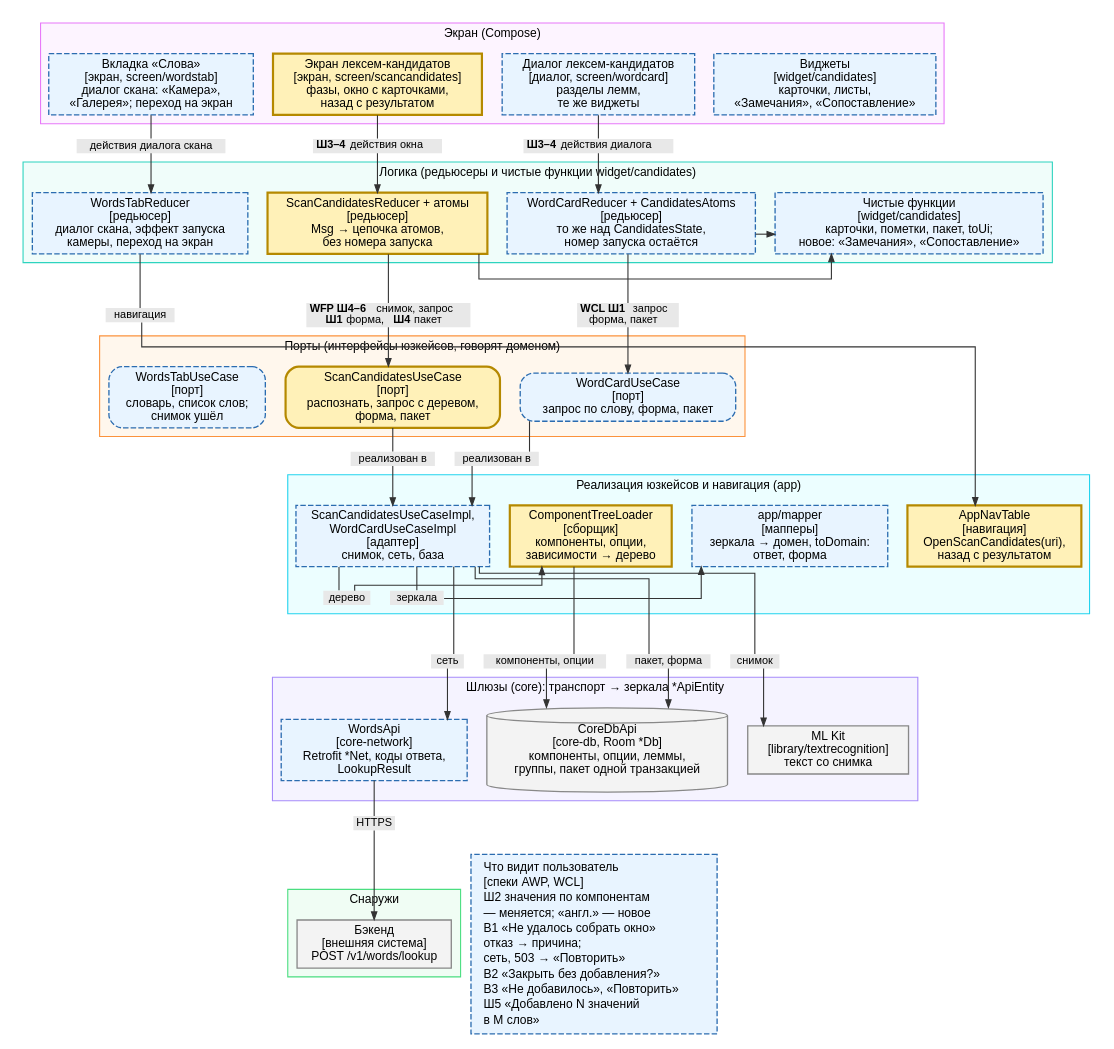
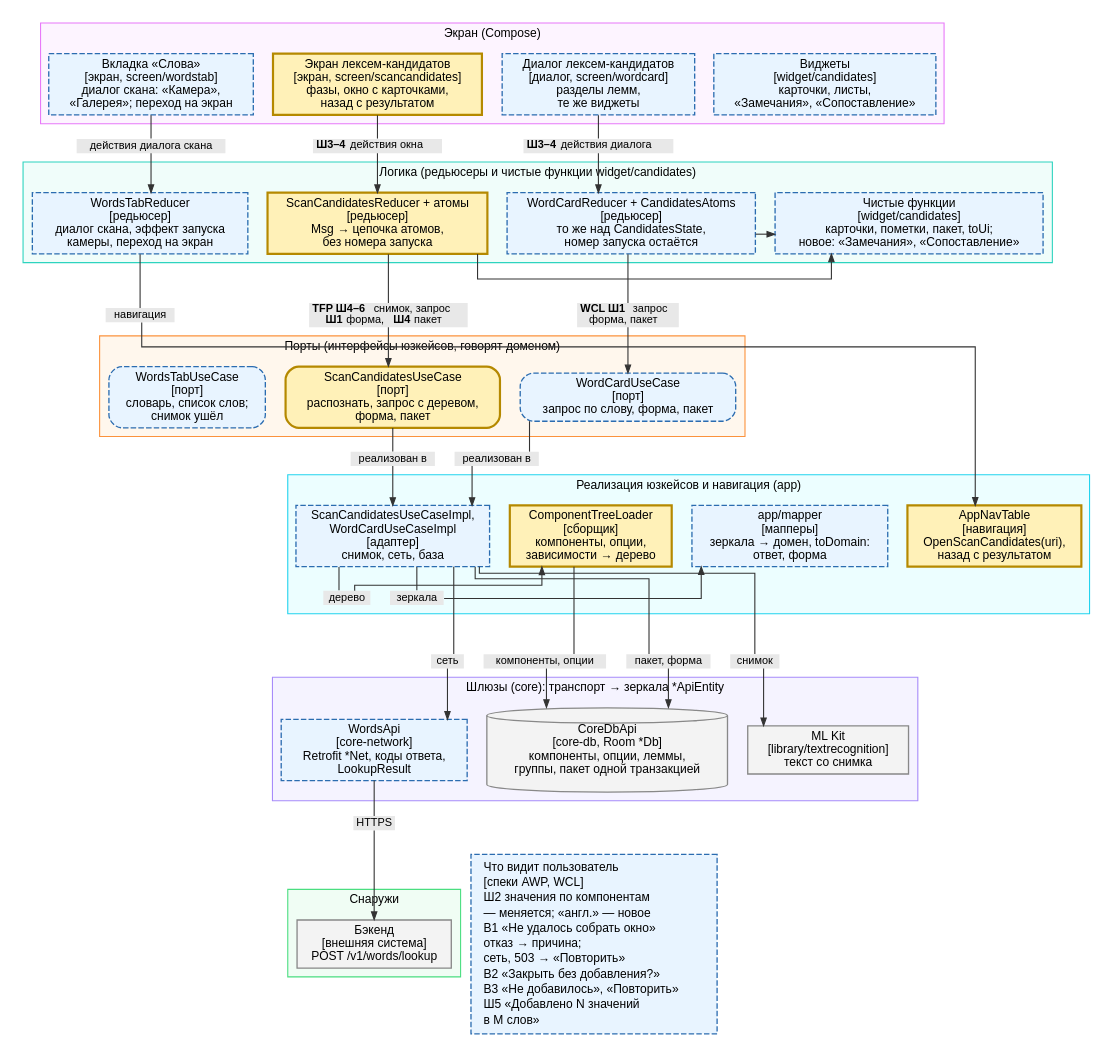
The diagram in docs/features/IS536_llm_values/hld-app-layers-c4.dot (KilgoreT/PolyTrainer), drawn with Graphviz before and after one commit. The commit also changed 189 other files, not shown here.

```diff
--- a/docs/features/IS536_llm_values/hld-app-layers-c4.dot
+++ b/docs/features/IS536_llm_values/hld-app-layers-c4.dot
@@ -1,150 +1,150 @@
 digraph C4App {
   // Та же сетка, что у схемы бэкенда: remincross=false держит порядок
   // блоков, splines=ortho — прямые линии, подписи — узлы в разрыве линии.
   // Под редьюсерами в их кластере ничего не стоит: длинное ребро к порту
   // не проходит сквозь ряд блоков того же кластера, dot обводит его
   // справа от рамки, и все нижние слои уезжают вбок. Чистые функции
   // поэтому стоят в одной строке с редьюсерами.
   graph [rankdir=TB, newrank=true, remincross=false, splines=ortho,
          nodesep=0.25, ranksep=0.3, pad=0.08,
          fontname="Helvetica", fontsize=11, labeljust=c];
   node  [shape=box, style="filled", fillcolor="white", color="#333333", penwidth=1.2,
          fontname="Helvetica", fontsize=11, margin="0.10,0.05"];
   edge  [arrowsize=0.7, color="#333333"];
 
   // Номера — шаги экранной спеки AWP (экран снимка); у диалога карточки
-  // те же шаги WCL. Запрос на сервер — шаг WFP Ш6 у снимка, WCL Ш1 у
+  // те же шаги WCL. Запрос на сервер — шаг TFP Ш6 у снимка, WCL Ш1 у
   // карточки. Слои типов: экран и виджеты — UI-типы; порты говорят
   // доменом; app — зеркала в домен; шлюзы — транспорт в зеркала.
 
   subgraph cluster_L1 {
     label="Экран (Compose)"; style="filled"; fillcolor="#FDF4FF"; color="#E879F9";
     UI0 [label="Вкладка «Слова»\n[экран, screen/wordstab]\nдиалог скана: «Камера»,\n«Галерея»; переход на экран",
          style="filled,dashed", fillcolor="#e8f4ff", color="#2b6cb0"];
     UI1 [label="Экран лексем-кандидатов\n[экран, screen/scancandidates]\nфазы, окно с карточками,\nназад с результатом",
          fillcolor="#fff1b8", color="#b58900", penwidth=2];
     UI2 [label="Диалог лексем-кандидатов\n[диалог, screen/wordcard]\nразделы лемм,\nте же виджеты",
          style="filled,dashed", fillcolor="#e8f4ff", color="#2b6cb0"];
     UI3 [label="Виджеты\n[widget/candidates]\nкарточки, листы,\n«Замечания», «Сопоставление»",
          style="filled,dashed", fillcolor="#e8f4ff", color="#2b6cb0"];
     { rank=same; UI0 -> UI1 -> UI2 -> UI3 [style=invis, weight=100]; }
   }
 
   RESP [style="filled,dashed", fillcolor="#e8f4ff", color="#2b6cb0", margin="0.12,0.06",
         label=<<table border="0" cellpadding="0" cellspacing="2">
           <tr><td align="left">Что видит пользователь</td></tr>
           <tr><td align="left">[спеки AWP, WCL]</td></tr>
           <tr><td align="left">Ш2 значения по компонентам</td></tr>
           <tr><td align="left">— меняется; «англ.» — новое</td></tr>
           <tr><td align="left">В1 «Не удалось собрать окно»</td></tr>
           <tr><td align="left">отказ → причина;</td></tr>
           <tr><td align="left">сеть, 503 → «Повторить»</td></tr>
           <tr><td align="left">В2 «Закрыть без добавления?»</td></tr>
           <tr><td align="left">В3 «Не добавилось», «Повторить»</td></tr>
           <tr><td align="left">Ш5 «Добавлено N значений</td></tr>
           <tr><td align="left">в M слов»</td></tr>
         </table>>];
 
   subgraph cluster_L2 {
     label="Логика (редьюсеры и чистые функции widget/candidates)"; style="filled"; fillcolor="#F0FDFA"; color="#2DD4BF";
     R0 [label="WordsTabReducer\n[редьюсер]\nдиалог скана, эффект запуска\nкамеры, переход на экран",
         style="filled,dashed", fillcolor="#e8f4ff", color="#2b6cb0"];
     R1 [label="ScanCandidatesReducer + атомы\n[редьюсер]\nMsg → цепочка атомов,\nбез номера запуска",
         fillcolor="#fff1b8", color="#b58900", penwidth=2];
     R2 [label="WordCardReducer + CandidatesAtoms\n[редьюсер]\nто же над CandidatesState,\nномер запуска остаётся",
         style="filled,dashed", fillcolor="#e8f4ff", color="#2b6cb0"];
     F1 [label="Чистые функции\n[widget/candidates]\nкарточки, пометки, пакет, toUi;\nновое: «Замечания», «Сопоставление»",
         style="filled,dashed", fillcolor="#e8f4ff", color="#2b6cb0"];
     { rank=same; R0 -> R1 -> R2 -> F1 [style=invis, weight=100]; }
     R1 -> F1;
     R2 -> F1;
   }
 
   subgraph cluster_L3 {
     label="Порты (интерфейсы юзкейсов, говорят доменом)"; style="filled"; fillcolor="#FFF7ED"; color="#FB923C";
     U0 [label="WordsTabUseCase\n[порт]\nсловарь, список слов;\nснимок ушёл",
         style="rounded,filled,dashed", fillcolor="#e8f4ff", color="#2b6cb0"];
     U1 [label="ScanCandidatesUseCase\n[порт]\nраспознать, запрос с деревом,\nформа, пакет",
         style="rounded,filled", fillcolor="#fff1b8", color="#b58900", penwidth=2];
     U2 [label="WordCardUseCase\n[порт]\nзапрос по слову, форма, пакет",
         style="rounded,filled,dashed", fillcolor="#e8f4ff", color="#2b6cb0"];
     { rank=same; U0 -> U1 -> U2 [style=invis]; }
   }
 
   subgraph cluster_L4 {
     label="Реализация юзкейсов и навигация (app)"; style="filled"; fillcolor="#ECFEFF"; color="#22D3EE";
     A1 [label="ScanCandidatesUseCaseImpl,\nWordCardUseCaseImpl\n[адаптер]\nснимок, сеть, база",
         style="filled,dashed", fillcolor="#e8f4ff", color="#2b6cb0"];
     A2 [label="ComponentTreeLoader\n[сборщик]\nкомпоненты, опции,\nзависимости → дерево",
         fillcolor="#fff1b8", color="#b58900", penwidth=2];
     A3 [label="app/mapper\n[мапперы]\nзеркала → домен, toDomain:\nответ, форма",
         style="filled,dashed", fillcolor="#e8f4ff", color="#2b6cb0"];
     A4 [label="AppNavTable\n[навигация]\nOpenScanCandidates(uri),\nназад с результатом",
         fillcolor="#fff1b8", color="#b58900", penwidth=2];
 
     node [shape=box, style="filled", fillcolor="#e8e8e8", color="#e8e8e8", penwidth=0,
           fontsize=10, margin="0.04,0.02", width=0, height=0];
     e7 [label="дерево"];
     e8 [label="зеркала"];
 
     { rank=same; A1 -> A2 -> A3 -> A4 [style=invis, weight=100]; }
     { rank=same; e7 -> e8 [style=invis]; }
   }
 
   subgraph cluster_L5 {
     label="Шлюзы (core): транспорт → зеркала *ApiEntity"; style="filled"; fillcolor="#F5F3FF"; color="#A78BFA";
     G1 [label="WordsApi\n[core-network]\nRetrofit *Net, коды ответа,\nLookupResult",
         style="filled,dashed", fillcolor="#e8f4ff", color="#2b6cb0"];
     G2 [label="CoreDbApi\n[core-db, Room *Db]\nкомпоненты, опции, леммы,\nгруппы, пакет одной транзакцией",
         shape=cylinder, fillcolor="#f3f3f3", color="#888888"];
     G3 [label="ML Kit\n[library/textrecognition]\nтекст со снимка",
         fillcolor="#f3f3f3", color="#888888"];
     { rank=same; G1 -> G2 -> G3 [style=invis]; }
   }
 
   subgraph cluster_L6 {
     label="Снаружи"; style="filled"; fillcolor="#F0FDF4"; color="#4ADE80";
     X1 [label="Бэкенд\n[внешняя система]\nPOST /v1/words/lookup", fillcolor="#f3f3f3", color="#888888"];
   }
 
   node [shape=box, style="filled", fillcolor="#e8e8e8", color="#e8e8e8", penwidth=0,
         fontsize=10, margin="0.04,0.02", width=0, height=0];
   e1 [label="действия диалога скана"];
   e2 [label=<<b>Ш3–4</b> действия окна>];
   e3 [label=<<b>Ш3–4</b> действия диалога>];
   e4 [label="навигация"];
-  e5 [label=<<b>WFP Ш4–6</b> снимок, запрос<br/><b>Ш1</b> форма, <b>Ш4</b> пакет>];
+  e5 [label=<<b>TFP Ш4–6</b> снимок, запрос<br/><b>Ш1</b> форма, <b>Ш4</b> пакет>];
   e6 [label=<<b>WCL Ш1</b> запрос<br/>форма, пакет>];
   r1 [label="реализован в"];
   r2 [label="реализован в"];
   e10 [label="сеть"];
   e11 [label="компоненты, опции"];
   e13 [label="пакет, форма"];
   e14 [label="снимок"];
   rx [label="HTTPS"];
   { rank=same; e1 -> e2 -> e3 [style=invis]; }
   { rank=same; e4 -> e5 -> e6 [style=invis]; }
   { rank=same; r1 -> r2 [style=invis]; }
   { rank=same; e10 -> e11 -> e13 -> e14 [style=invis]; }
 
   // Сноска «что видит пользователь» — внизу справа, где пусто.
   { rank=same; X1; RESP; }
 
   UI0 -> e1 [arrowhead=none]; e1 -> R0;
   UI1 -> e2 [arrowhead=none]; e2 -> R1;
   UI2 -> e3 [arrowhead=none]; e3 -> R2;
   // Эффекты редьюсера исполняет handler: он зовёт юзкейс; навигацию —
   // AppNavTable в app.
   R0 -> e4 [arrowhead=none, minlen=2]; e4 -> A4;
   R1 -> e5 [arrowhead=none]; e5 -> U1;
   R2 -> e6 [arrowhead=none]; e6 -> U2;
   U1 -> r1 [arrowhead=none]; r1 -> A1;
   U2 -> r2 [arrowhead=none]; r2 -> A1;
   A1 -> e7 [arrowhead=none]; e7 -> A2;
   A1 -> e8 [arrowhead=none]; e8 -> A3;
   A1 -> e10 [arrowhead=none, minlen=3]; e10 -> G1;
   A2 -> e11 [arrowhead=none]; e11 -> G2;
   A1 -> e13 [arrowhead=none, minlen=3]; e13 -> G2;
   A1 -> e14 [arrowhead=none, minlen=3]; e14 -> G3;
   G1 -> rx [arrowhead=none]; rx -> X1;
 }
```
